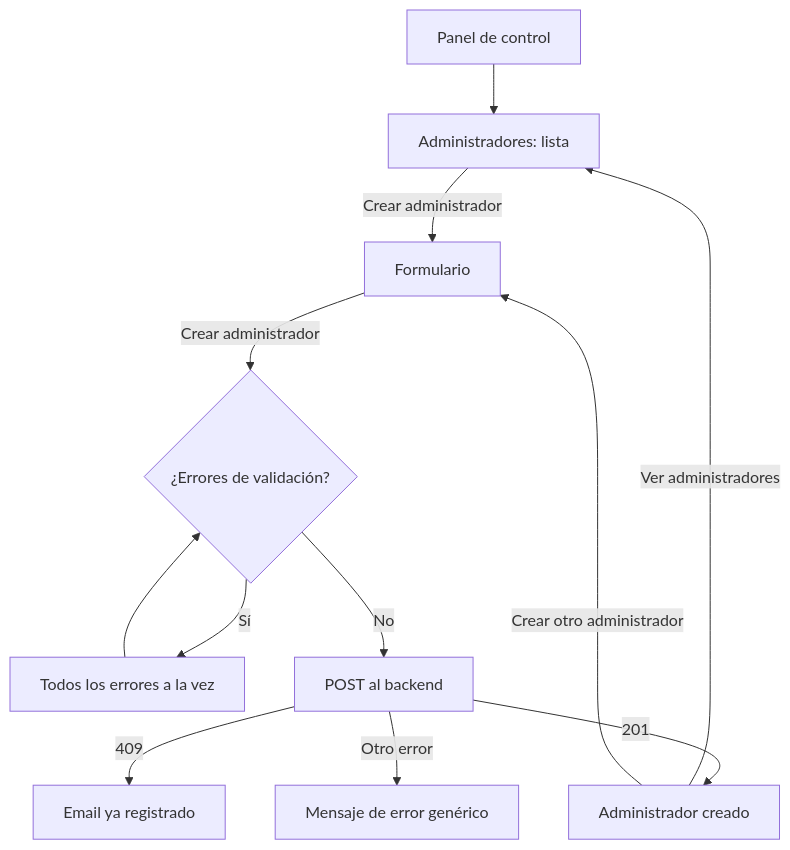
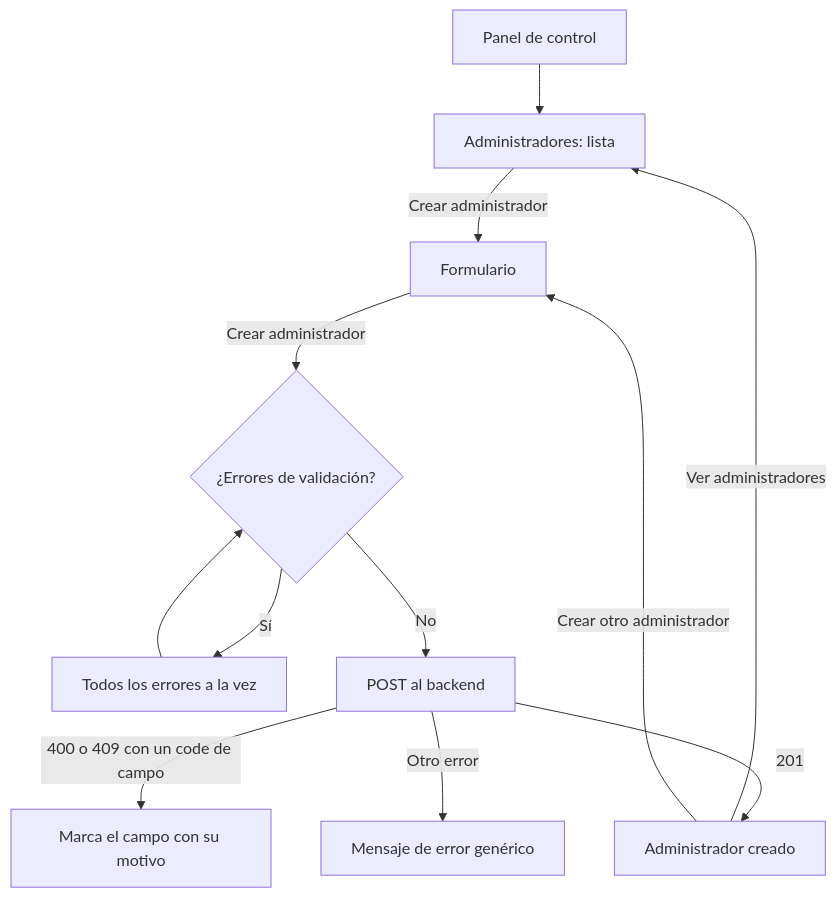
The second of 2 diagrams in frontend/docs/hu21-alta-admin-y-vendedores.md (ESIBuy-2026-2027/ESIBuy-Mantenimiento), drawn with Mermaid before and after one commit. The commit also changed other lines of this file and 3 other files, not shown here.

````diff
--- a/frontend/docs/hu21-alta-admin-y-vendedores.md
+++ b/frontend/docs/hu21-alta-admin-y-vendedores.md
@@ -74,14 +74,14 @@
 ```mermaid
 flowchart TD
     A[Panel de control] --> B[Administradores: lista]
     B -- Crear administrador --> C[Formulario]
     C -- Crear administrador --> D{¿Errores de validación?}
     D -- Sí --> E[Todos los errores a la vez]
     E --> D
     D -- No --> F[POST al backend]
     F -- 201 --> G[Administrador creado]
-    F -- 409 --> H[Email ya registrado]
+    F -- 400 o 409 con un code de campo --> H[Marca el campo con su motivo]
     F -- Otro error --> I[Mensaje de error genérico]
     G -- Ver administradores --> B
     G -- Crear otro administrador --> C
 ```
````
